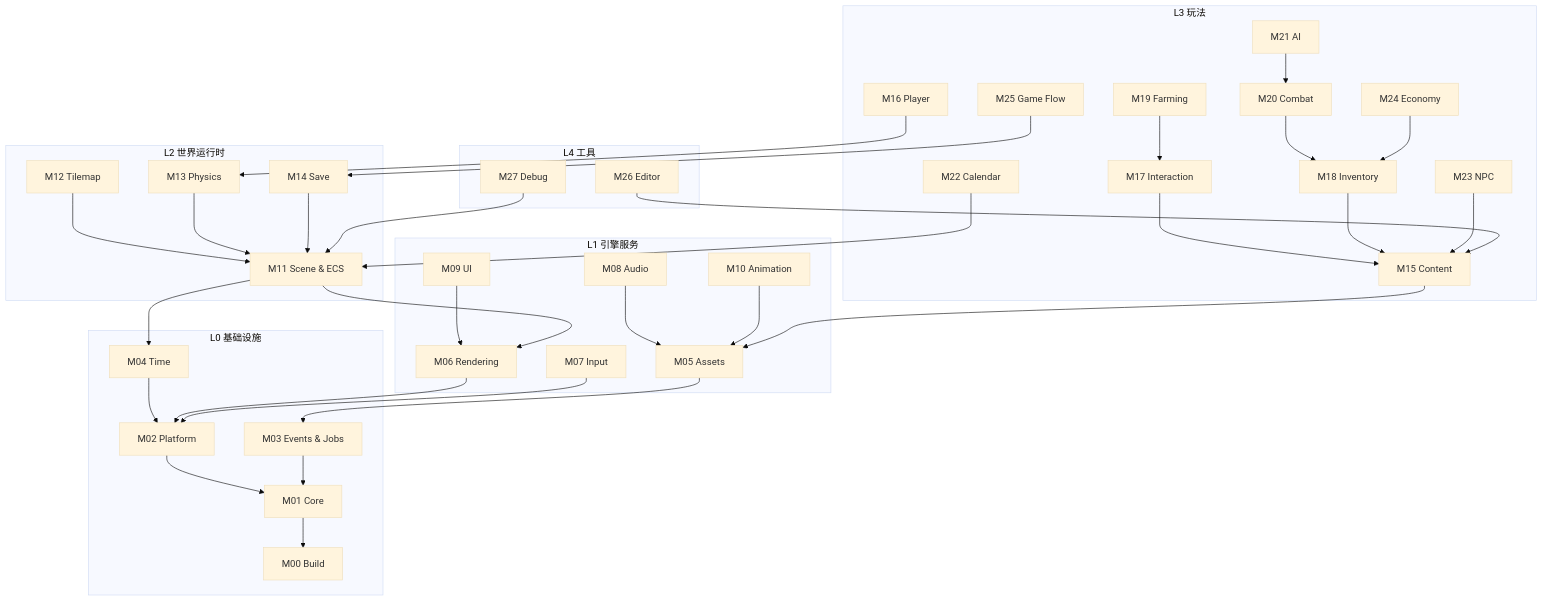
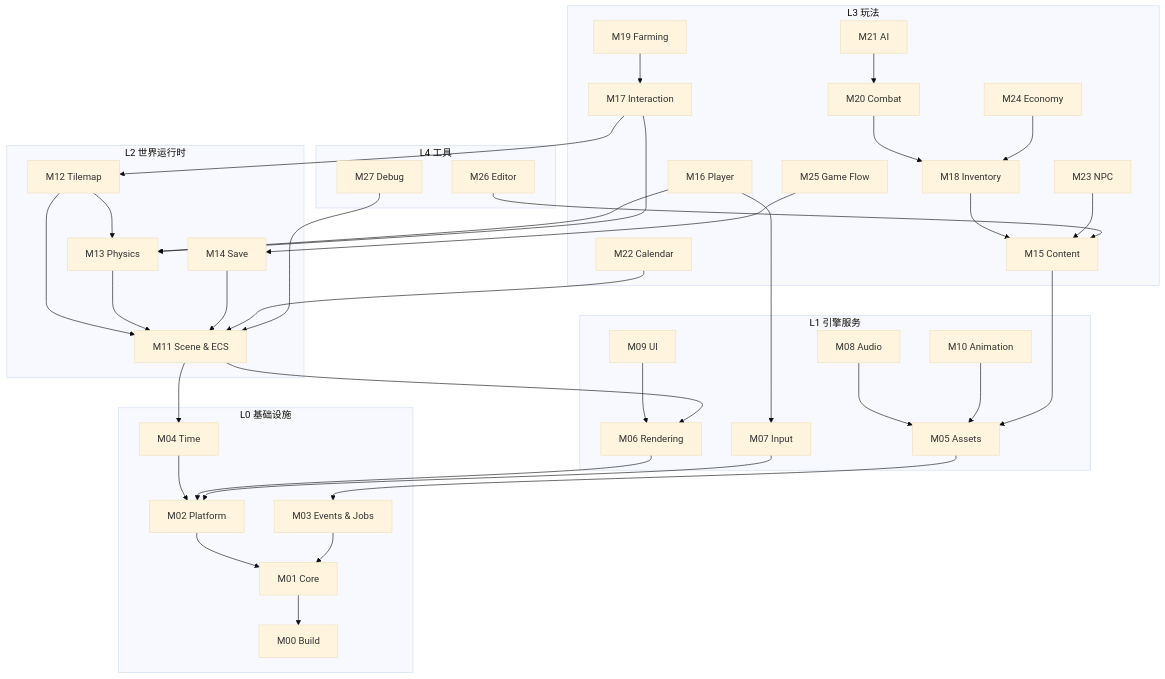
One commit to Narciostyx/Florian-s-Adventure changed the diagram in docs/architecture/module-map.md. Above: the diagram before and after it, drawn with Mermaid (base theme). The commit also changed other lines of this file and 93 other files, not shown here.

````diff
--- a/docs/architecture/module-map.md
+++ b/docs/architecture/module-map.md
@@ -40,69 +40,72 @@
 ```mermaid
 flowchart TB
   subgraph L0[L0 基础设施]
     M00[M00 Build]
     M01[M01 Core]
     M02[M02 Platform]
     M03[M03 Events & Jobs]
     M04[M04 Time]
   end
   subgraph L1[L1 引擎服务]
     M05[M05 Assets]
     M06[M06 Rendering]
     M07[M07 Input]
     M08[M08 Audio]
     M09[M09 UI]
     M10[M10 Animation]
   end
   subgraph L2[L2 世界运行时]
     M11[M11 Scene & ECS]
     M12[M12 Tilemap]
     M13[M13 Physics]
     M14[M14 Save]
   end
   subgraph L3[L3 玩法]
     M15[M15 Content]
     M16[M16 Player]
     M17[M17 Interaction]
     M18[M18 Inventory]
     M19[M19 Farming]
     M20[M20 Combat]
     M21[M21 AI]
     M22[M22 Calendar]
     M23[M23 NPC]
     M24[M24 Economy]
     M25[M25 Game Flow]
   end
   subgraph L4[L4 工具]
     M26[M26 Editor]
     M27[M27 Debug]
   end
   M01 --> M00
   M02 --> M01
   M03 --> M01
   M04 --> M02
   M05 --> M03
   M06 --> M02
   M07 --> M02
   M08 --> M05
   M09 --> M06
   M10 --> M05
   M11 --> M04
   M11 --> M06
   M12 --> M11
+  M12 --> M13
   M13 --> M11
   M14 --> M11
   M15 --> M05
+  M16 --> M07
   M16 --> M13
-  M17 --> M15
+  M17 --> M12
+  M17 --> M13
   M18 --> M15
   M19 --> M17
   M20 --> M18
   M21 --> M20
   M22 --> M11
   M23 --> M15
   M24 --> M18
   M25 --> M14
   M26 --> M15
   M27 --> M11
 ```
````
